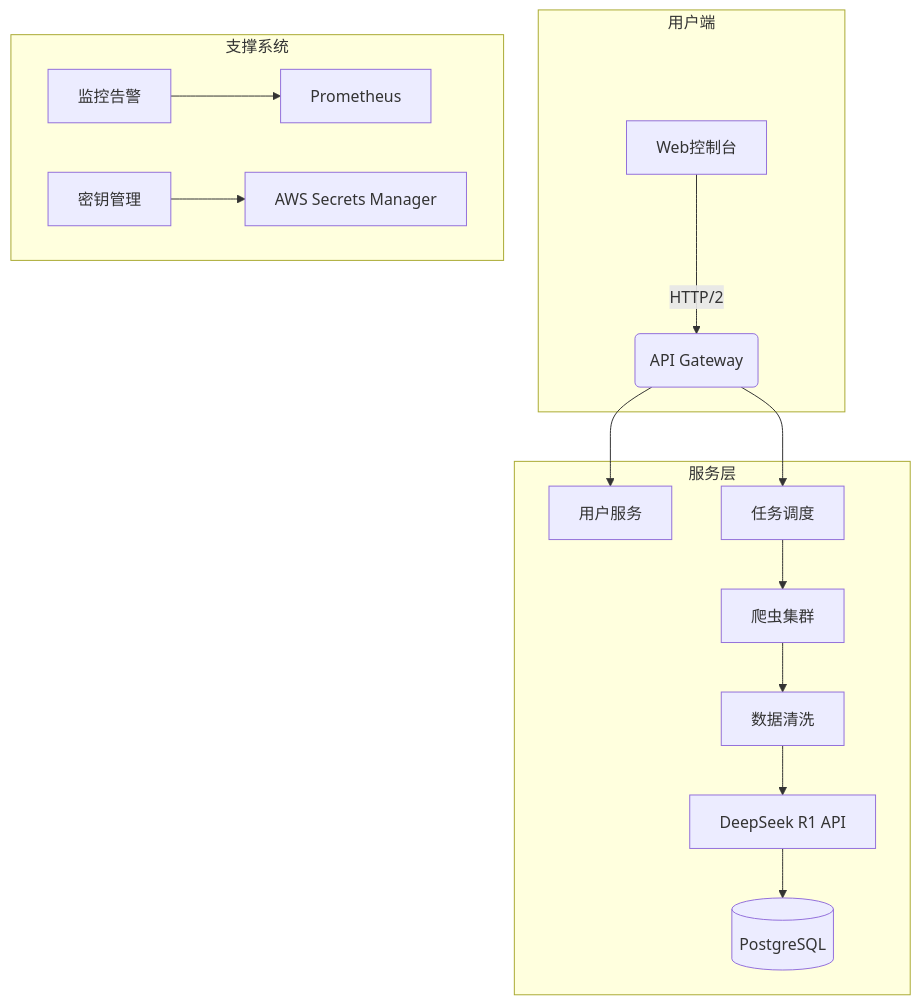
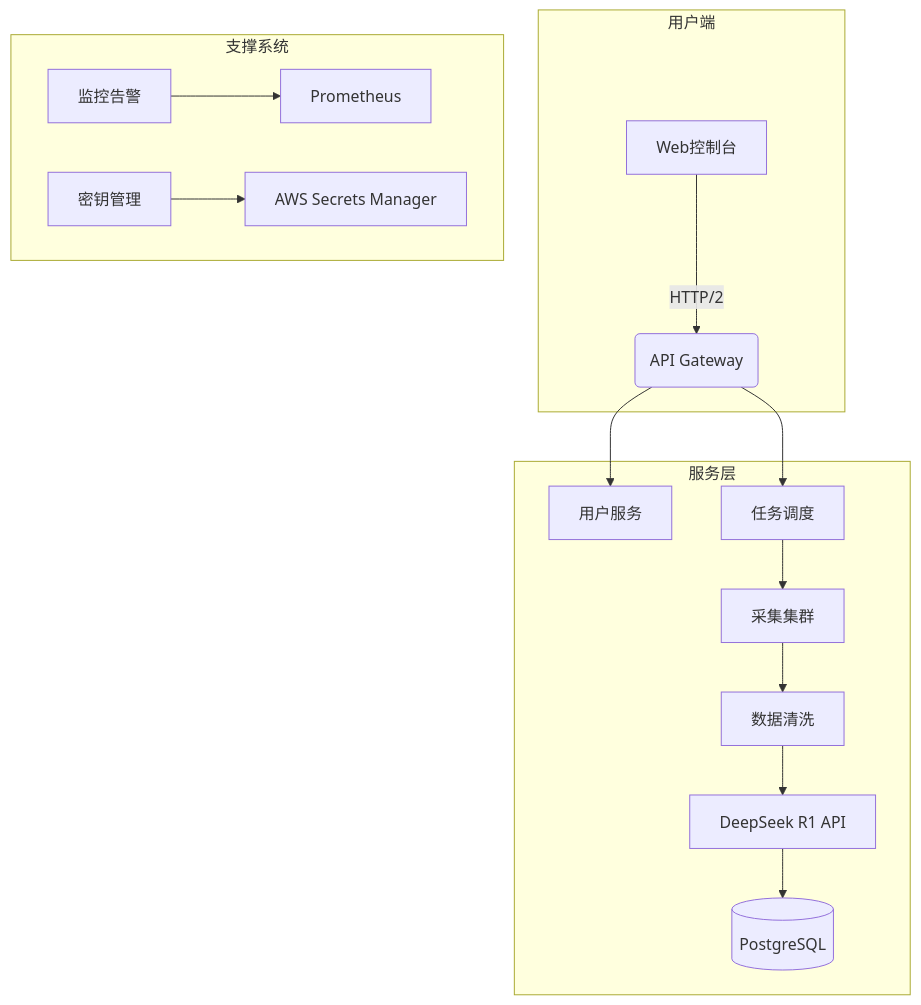
The first of 3 diagrams in docs/technical_product.md (LDingLDing/DeepScout), drawn with Mermaid before and after one commit. The commit also changed other lines of this file and 21 other files, not shown here.

````diff
--- a/docs/technical_product.md
+++ b/docs/technical_product.md
@@ -33,20 +33,20 @@
 ```mermaid
 graph TD
     subgraph 用户端
         A[Web控制台] -->|HTTP/2| B(API Gateway)
     end
     
     subgraph 服务层
         B --> C[用户服务]
         B --> D[任务调度]
-        D --> E[爬虫集群]
+        D --> E[采集集群]
         E --> F[数据清洗]
         F --> G[DeepSeek R1 API]
         G --> H[(PostgreSQL)]
     end
     
     subgraph 支撑系统
         I[监控告警] --> J[Prometheus]
         K[密钥管理] --> L[AWS Secrets Manager]
     end
 ```
````
